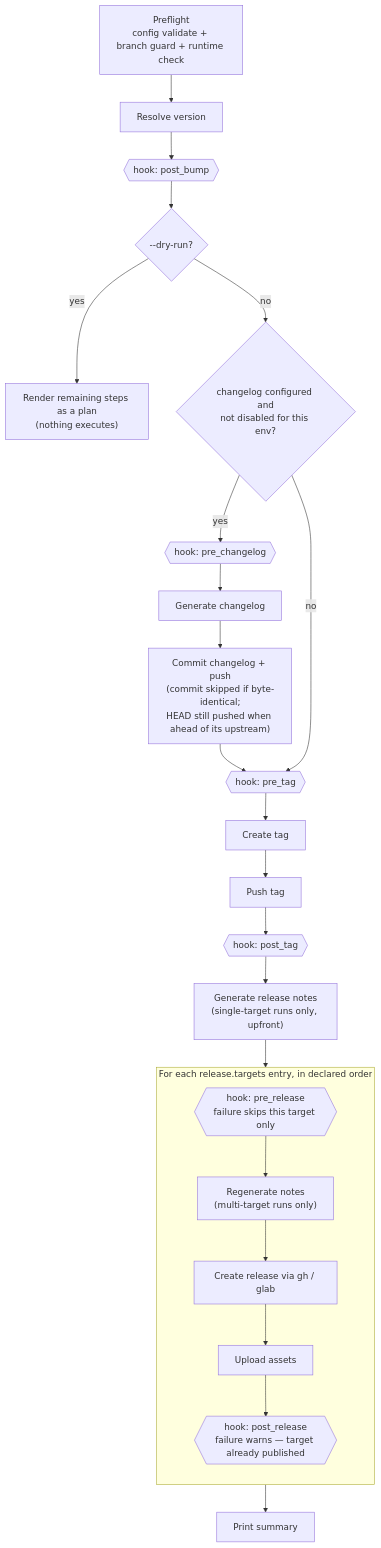
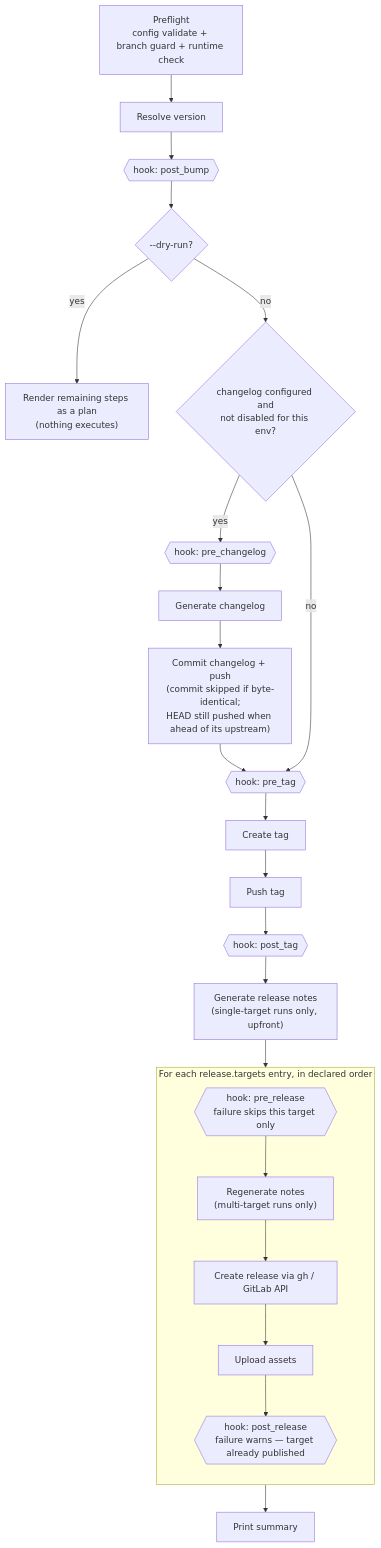
The first of 2 diagrams in docs/guides/release-pipeline-and-hooks.md (adaouat/heraut), drawn with Mermaid before and after one commit. The commit also changed 10 other files, not shown here.

First line of the commit message:
docs: describe GitLab publishing over the REST API, not glab

````diff
--- a/docs/guides/release-pipeline-and-hooks.md
+++ b/docs/guides/release-pipeline-and-hooks.md
@@ -14,26 +14,26 @@
 ```mermaid
 flowchart TD
     A["Preflight<br/>config validate + branch guard + runtime check"] --> B["Resolve version"]
     B --> H1{{"hook: post_bump"}}
     H1 --> C{"--dry-run?"}
     C -- yes --> DR["Render remaining steps as a plan<br/>(nothing executes)"]
     C -- no --> D{"changelog configured and<br/>not disabled for this env?"}
     D -- yes --> H2{{"hook: pre_changelog"}}
     H2 --> E["Generate changelog"]
     E --> F["Commit changelog + push<br/>(commit skipped if byte-identical;<br/>HEAD still pushed when ahead of its upstream)"]
     F --> H3{{"hook: pre_tag"}}
     D -- no --> H3
     H3 --> G["Create tag"]
     G --> I["Push tag"]
     I --> H4{{"hook: post_tag"}}
     H4 --> J["Generate release notes<br/>(single-target runs only, upfront)"]
     J --> T
     subgraph T["For each release.targets entry, in declared order"]
         direction TB
         H5{{"hook: pre_release<br/>failure skips this target only"}} --> K["Regenerate notes<br/>(multi-target runs only)"]
-        K --> L["Create release via gh / glab"]
+        K --> L["Create release via gh / GitLab API"]
         L --> M["Upload assets"]
         M --> H6{{"hook: post_release<br/>failure warns — target already published"}}
     end
     T --> N["Print summary"]
 ```
````
